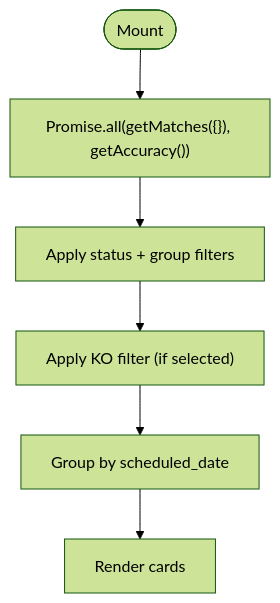
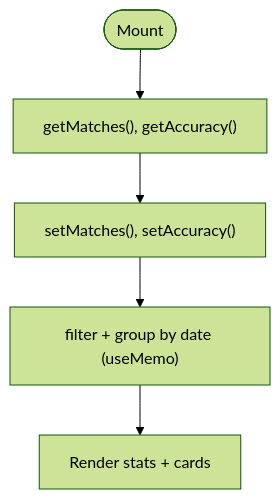
The ninth of 10 diagrams in .qoder/repowiki/en/content/Frontend Application/Page Components.md (cheesiong/WC26-qwen), drawn with Mermaid (forest theme) before and after one commit. The commit also changed other lines of this file and 181 other files, not shown here.

````diff
--- a/.qoder/repowiki/en/content/Frontend Application/Page Components.md
+++ b/.qoder/repowiki/en/content/Frontend Application/Page Components.md
@@ -301,8 +426,7 @@
 ```mermaid
 flowchart TD
-Start(["Mount"]) --> Load["Promise.all(getMatches({}), getAccuracy())"]
-Load --> Filter["Apply status + group filters"]
-Filter --> KOFilter["Apply KO filter (if selected)"]
-KOFilter --> Group["Group by scheduled_date"]
-Group --> Render["Render cards"]
+Start(["Mount"]) --> Fetch["getMatches(), getAccuracy()"]
+Fetch --> Set["setMatches(), setAccuracy()"]
+Set --> Filter["filter + group by date (useMemo)"]
+Filter --> Render["Render stats + cards"]
 ```
````
